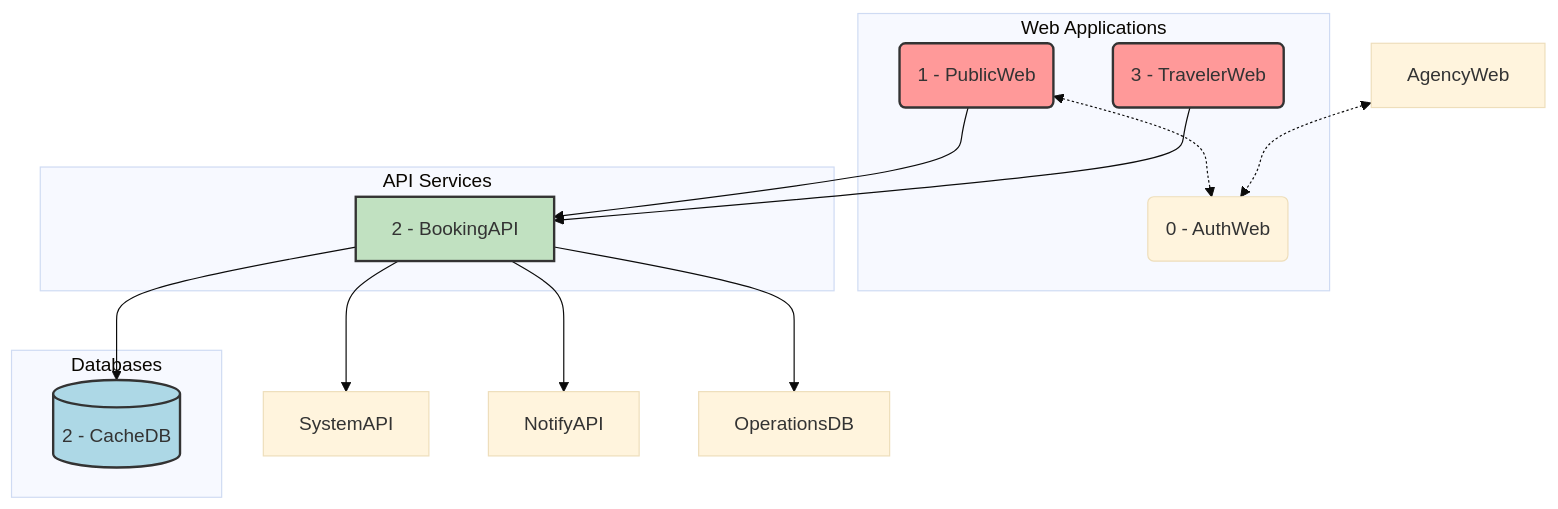
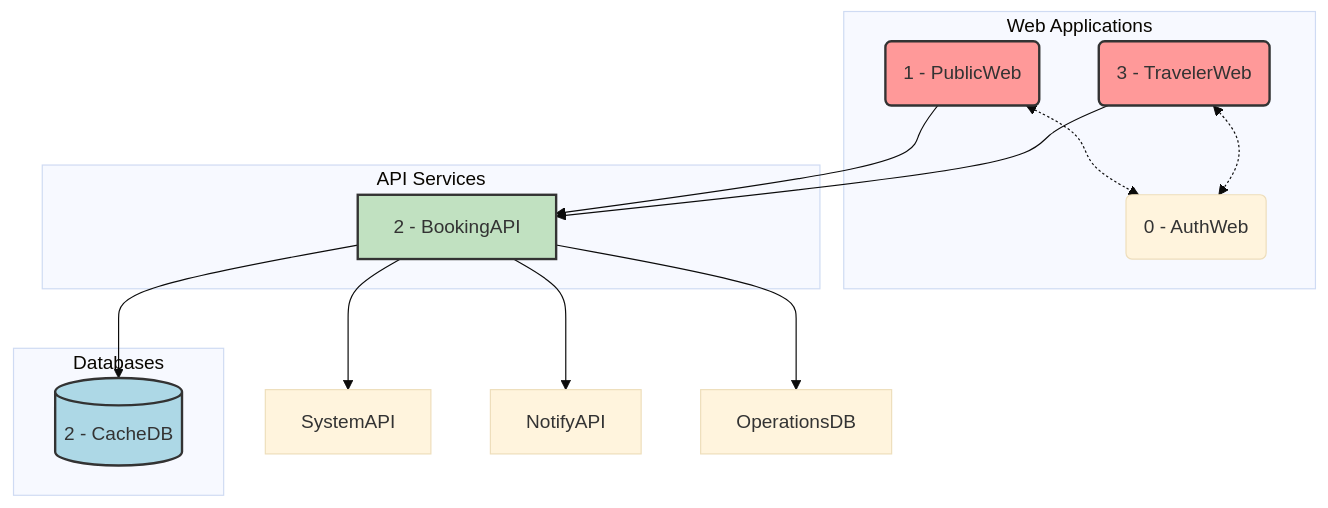
Before and after one commit to AstroBookings/.github: the first of 2 diagrams in profile/1-analysis/5_2-astrobookings-booking-management-domain.md, drawn with Mermaid (base theme).

Commit message:
fix: TravelerWeb

````diff
--- a/profile/1-analysis/5_2-astrobookings-booking-management-domain.md
+++ b/profile/1-analysis/5_2-astrobookings-booking-management-domain.md
@@ -60,41 +60,41 @@
 ```mermaid
 graph TD
     subgraph Web Applications
         PublicWeb(1 - PublicWeb)
         TravelerWeb(3 - TravelerWeb)
         AuthWeb(0 - AuthWeb)
     end
 
     subgraph API Services
         BookingAPI[2 - BookingAPI]
     end
 
     subgraph Databases
         CacheDB[(2 - CacheDB)]
     end
 
     %% Web to Web connections
     PublicWeb <-.-> AuthWeb
-    AgencyWeb <-.-> AuthWeb
+    TravelerWeb <-.-> AuthWeb
 
     %% Web to API connections
     PublicWeb --> BookingAPI
     TravelerWeb --> BookingAPI
 
 
     %% API to API connections
     BookingAPI --> SystemAPI
     BookingAPI --> NotifyAPI
 
     %% API to Database connections
     BookingAPI --> OperationsDB
     BookingAPI --> CacheDB
 
     %% Style
     classDef web fill:#FF9999,stroke:#333,stroke-width:2px;
     classDef api fill:#C1E1C1,stroke:#333,stroke-width:2px;
     classDef db fill:#ADD8E6,stroke:#333,stroke-width:2px;
     class PublicWeb,TravelerWeb web;
     class BookingAPI api;
     class CacheDB db;
 ```
````
